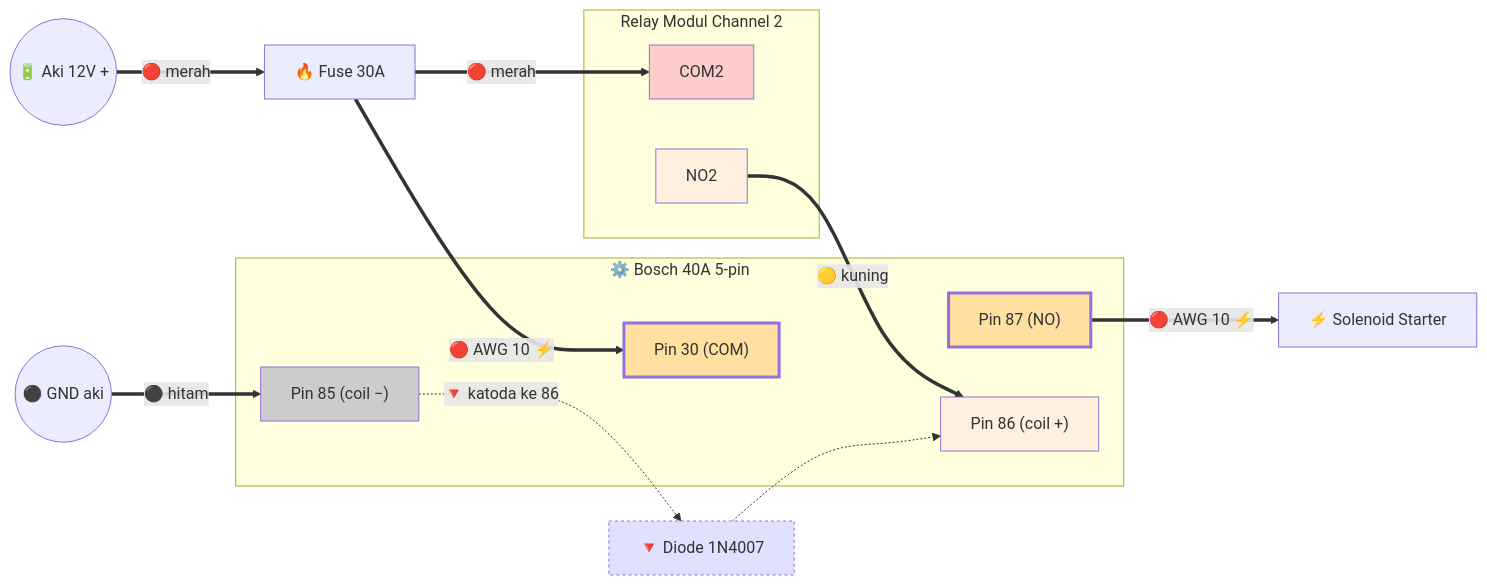
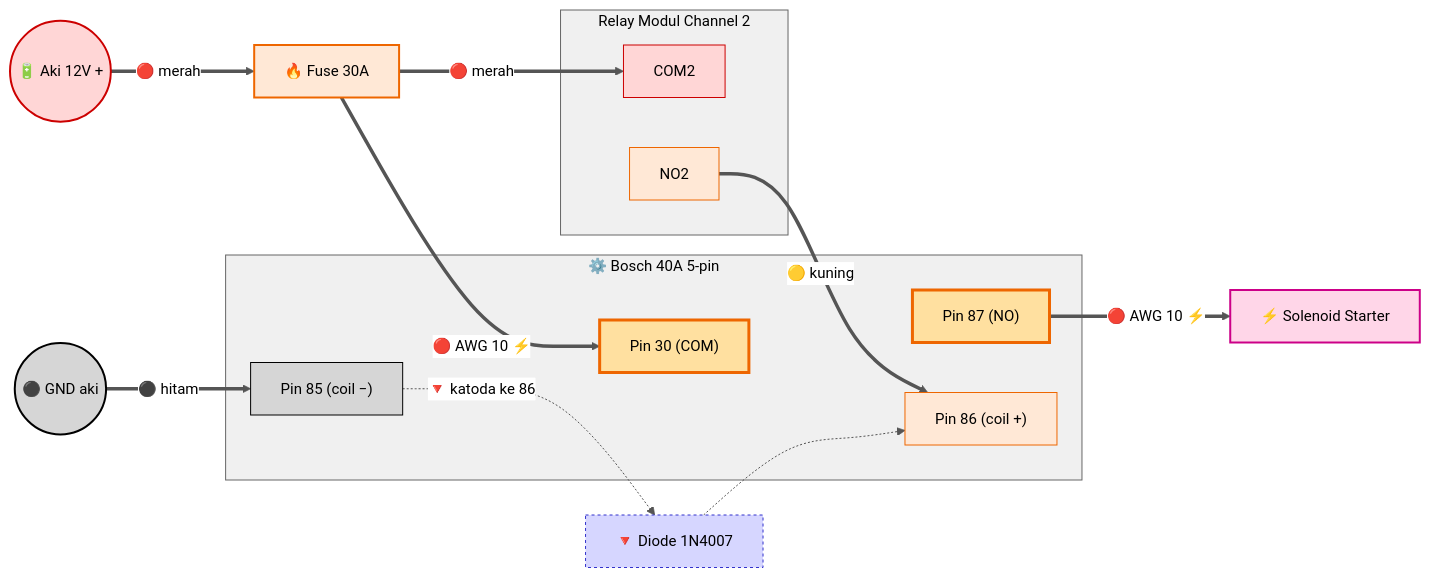
Before and after one commit to umarovk/SIKAMOT: the sixth of 10 diagrams in motor_starter/DIAGRAM_MERMAID.md, drawn with Mermaid. The commit also changed other lines of this file, not shown here.

First line of the commit message:
style(diagram): force readable text on GitHub dark mode

````diff
--- a/motor_starter/DIAGRAM_MERMAID.md
+++ b/motor_starter/DIAGRAM_MERMAID.md
@@ -284,43 +302,48 @@
 ```mermaid
+%%{init: {'theme':'base', 'themeVariables': {'primaryColor':'#ffffff','primaryTextColor':'#000000','primaryBorderColor':'#333333','lineColor':'#555555','clusterBkg':'#f0f0f0','clusterBorder':'#666666','titleColor':'#000000','edgeLabelBackground':'#ffffff','fontSize':'15px'}}}%%
 flowchart LR
     AKI(("🔋 Aki 12V +"))
     FUSE["🔥 Fuse 30A"]
     GND(("⚫ GND aki"))
 
     subgraph REL["Relay Modul Channel 2"]
         com2["COM2"]
         no2["NO2"]
     end
 
     subgraph BOSCH["⚙️ Bosch 40A 5-pin"]
         b30["Pin 30 (COM)"]
         b87["Pin 87 (NO)"]
         b85["Pin 85 (coil −)"]
         b86["Pin 86 (coil +)"]
     end
 
     STARTER["⚡ Solenoid Starter"]
     DIODE["🔻 Diode 1N4007"]
 
     %% Trigger path (sinyal low-current)
     AKI ==>|"🔴 merah"| FUSE
     FUSE ==>|"🔴 merah"| com2
     no2 ==>|"🟡 kuning"| b86
     GND ==>|"⚫ hitam"| b85
 
     %% High-current path
     FUSE ==>|"🔴 AWG 10 ⚡"| b30
     b87 ==>|"🔴 AWG 10 ⚡"| STARTER
 
     %% Flyback diode
     b85 -.->|"🔻 katoda ke 86"| DIODE
     DIODE -.-> b86
 
-    style com2 fill:#ffcccc
-    style no2 fill:#fff0e0
-    style b30 fill:#ffe0a0,stroke-width:3px
-    style b87 fill:#ffe0a0,stroke-width:3px
-    style b85 fill:#cccccc
-    style b86 fill:#fff0e0
-    style DIODE fill:#e0e0ff,stroke-dasharray:3 3
+    style AKI fill:#ffd6d6,color:#000000,stroke:#cc0000,stroke-width:2px
+    style FUSE fill:#ffe8d6,color:#000000,stroke:#ee6600,stroke-width:2px
+    style GND fill:#d6d6d6,color:#000000,stroke:#000000,stroke-width:2px
+    style com2 fill:#ffd6d6,color:#000000,stroke:#cc0000
+    style no2 fill:#ffe8d6,color:#000000,stroke:#ee6600
+    style b30 fill:#ffe0a0,color:#000000,stroke:#ee6600,stroke-width:3px
+    style b87 fill:#ffe0a0,color:#000000,stroke:#ee6600,stroke-width:3px
+    style b85 fill:#d6d6d6,color:#000000,stroke:#000000
+    style b86 fill:#ffe8d6,color:#000000,stroke:#ee6600
+    style STARTER fill:#ffd6e8,color:#000000,stroke:#cc0088,stroke-width:2px
+    style DIODE fill:#d6d6ff,color:#000000,stroke:#3333cc,stroke-dasharray:3 3
 ```
````
